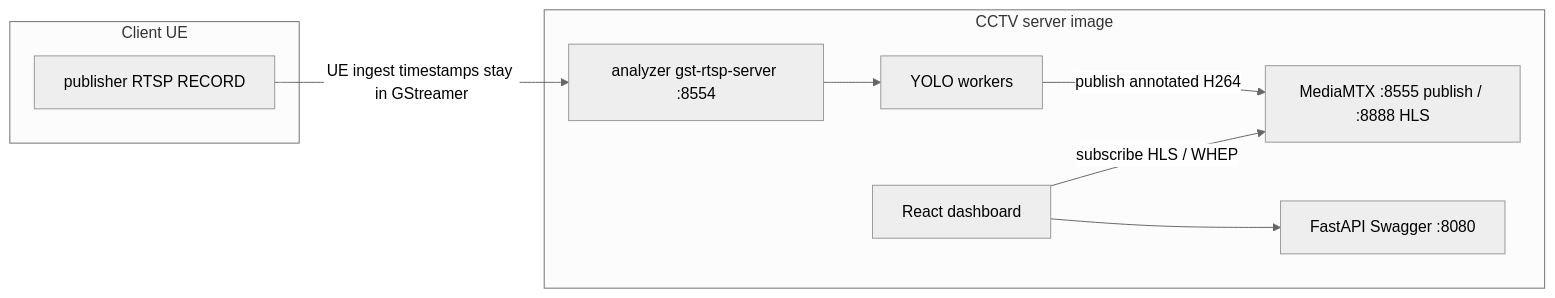
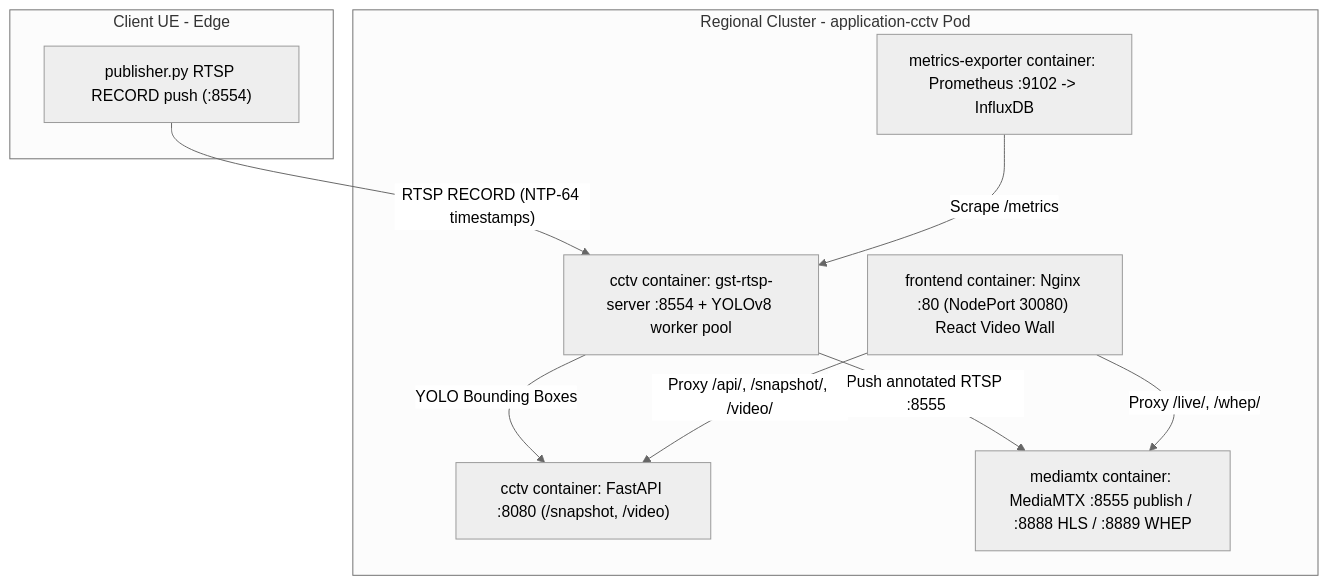
One commit to FCCLab/INA-Infra changed the diagram in applications/cctv/README.md. Above: the diagram before and after it, drawn with Mermaid (neutral theme). The commit also changed other lines of this file and 55 other files, not shown here.

````diff
--- a/applications/cctv/README.md
+++ b/applications/cctv/README.md
@@ -17,17 +19,19 @@
 ```mermaid
-flowchart LR
-  subgraph ue [Client UE]
-    Pub["publisher RTSP RECORD"]
+flowchart TD
+  subgraph ue [Client UE - Edge]
+    Pub["publisher.py RTSP RECORD push (:8554)"]
   end
-  subgraph server [CCTV server image]
-    Gst["analyzer gst-rtsp-server :8554"]
-    Yolo["YOLO workers"]
-    Mtx["MediaMTX :8555 publish / :8888 HLS"]
-    Api["FastAPI Swagger :8080"]
-    Ui["React dashboard"]
+  subgraph server_pod [Regional Cluster - application-cctv Pod]
+    Gst["cctv container: gst-rtsp-server :8554 + YOLOv8 worker pool"]
+    Api["cctv container: FastAPI :8080 (/snapshot, /video)"]
+    Mtx["mediamtx container: MediaMTX :8555 publish / :8888 HLS / :8889 WHEP"]
+    Ui["frontend container: Nginx :80 (NodePort 30080) React Video Wall"]
+    Metric["metrics-exporter container: Prometheus :9102 -> InfluxDB"]
   end
-  Pub -->|"UE ingest timestamps stay in GStreamer"| Gst --> Yolo
-  Yolo -->|"publish annotated H264"| Mtx
-  Ui -->|"subscribe HLS / WHEP"| Mtx
-  Ui --> Api
+  Pub -->|"RTSP RECORD (NTP-64 timestamps)"| Gst
+  Gst -->|"YOLO Bounding Boxes"| Api
+  Gst -->|"Push annotated RTSP :8555"| Mtx
+  Ui -->|"Proxy /api/, /snapshot/, /video/"| Api
+  Ui -->|"Proxy /live/, /whep/"| Mtx
+  Metric -->|"Scrape /metrics"| Gst
 ```
````
